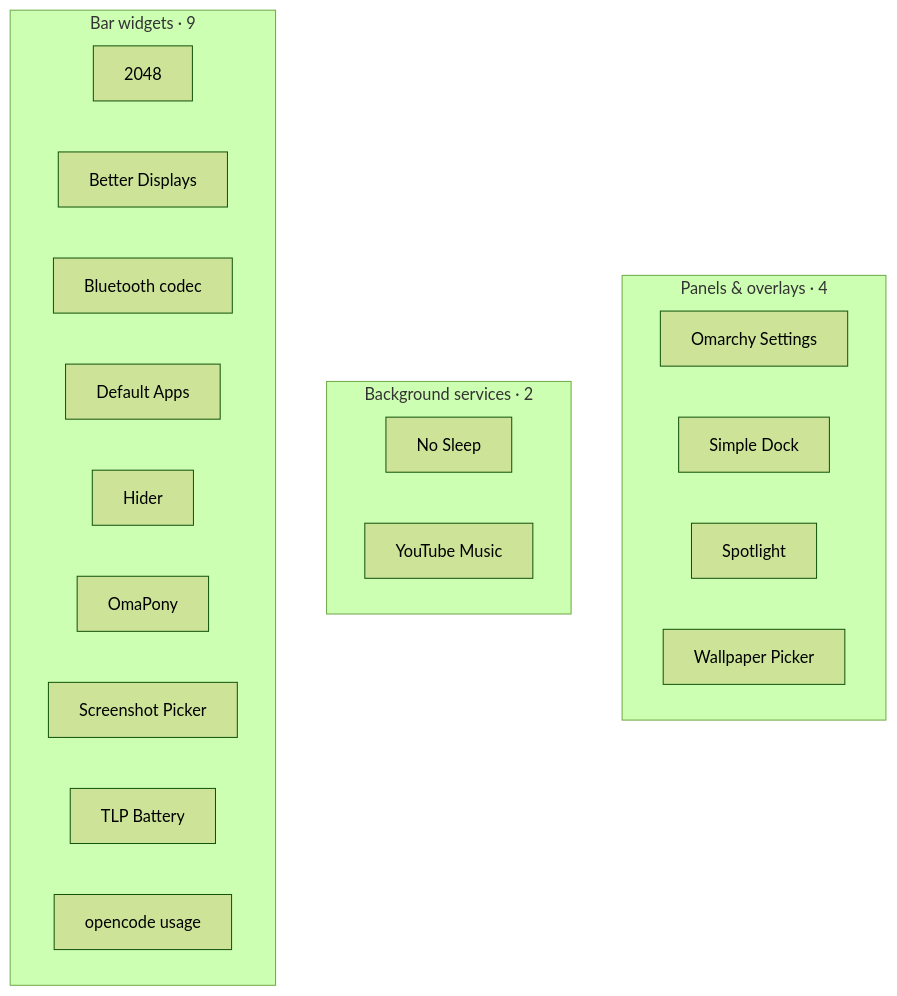
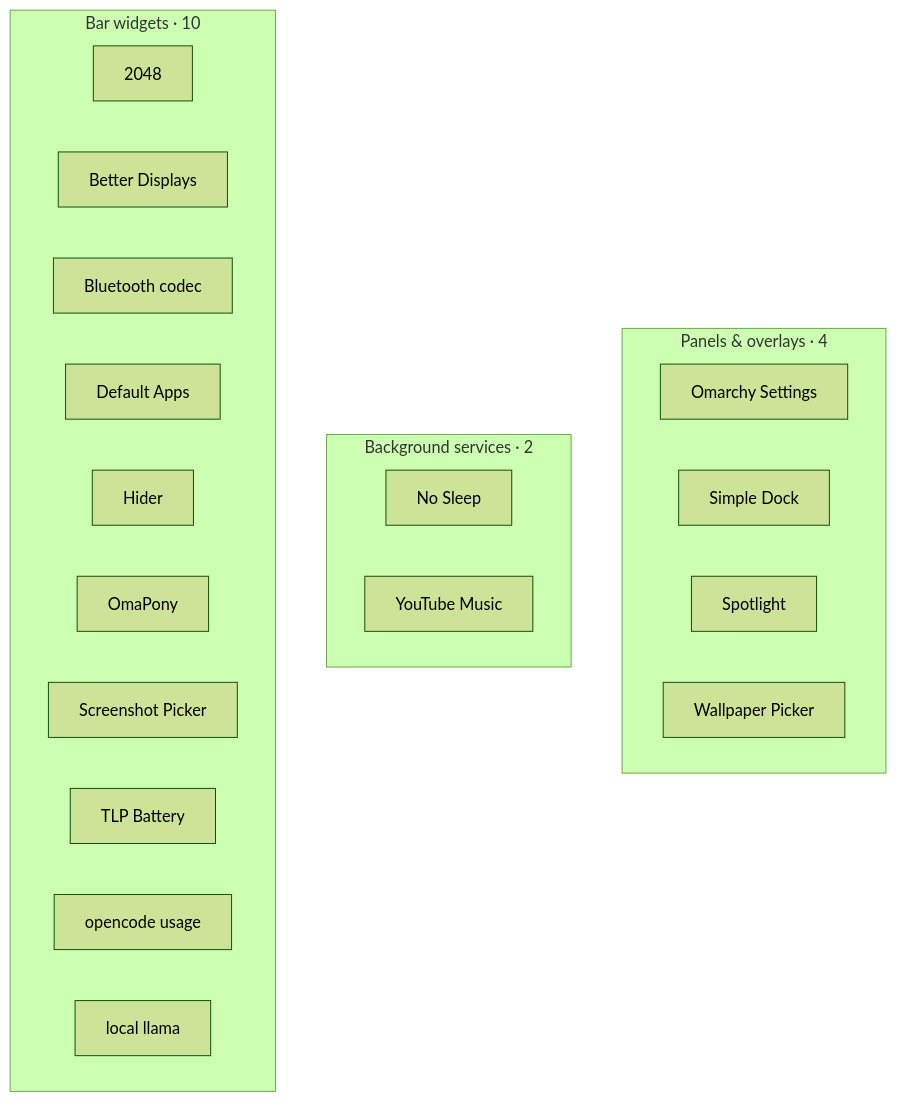
One commit to nightdevil00/Plugins changed the diagram in README.md. Above: the diagram before and after it, drawn with Mermaid (forest theme). The commit also changed other lines of this file and 11 other files, not shown here.

First line of the commit message:
Add mihai.llama local llama plugin

````diff
--- a/README.md
+++ b/README.md
@@ -12,24 +12,25 @@
 ```mermaid
 graph TB
   subgraph panels["Panels & overlays · 4"]
     custom_settings["Omarchy Settings"]
     simple_dock["Simple Dock"]
     mihai_spotlight["Spotlight"]
     mihai_picker["Wallpaper Picker"]
   end
   subgraph services["Background services · 2"]
     white_nights["No Sleep"]
     mihai_ytmusic["YouTube Music"]
   end
-  subgraph bar["Bar widgets · 9"]
+  subgraph bar["Bar widgets · 10"]
     custom_2048["2048"]
     better_displays["Better Displays"]
     bt_codecs["Bluetooth codec"]
     setup_defaults["Default Apps"]
     plugin_hider["Hider"]
     yt_pony["OmaPony"]
     pick_screenshot["Screenshot Picker"]
     tlp_battery["TLP Battery"]
     mihai_opencode_usage["opencode usage"]
+    mihai_llama["local llama"]
   end
 ```
````
